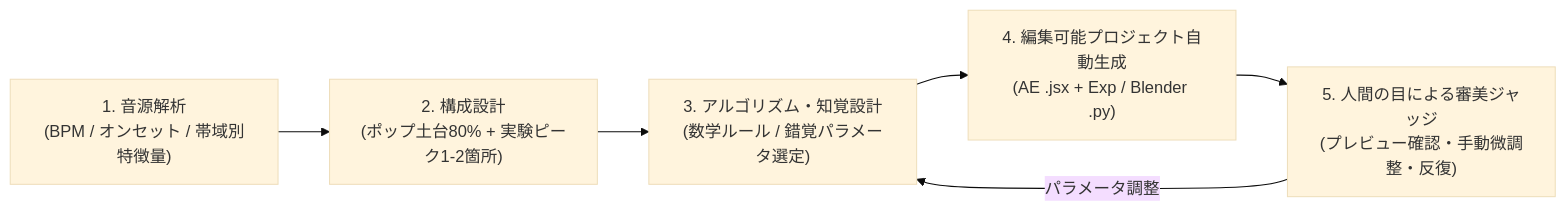
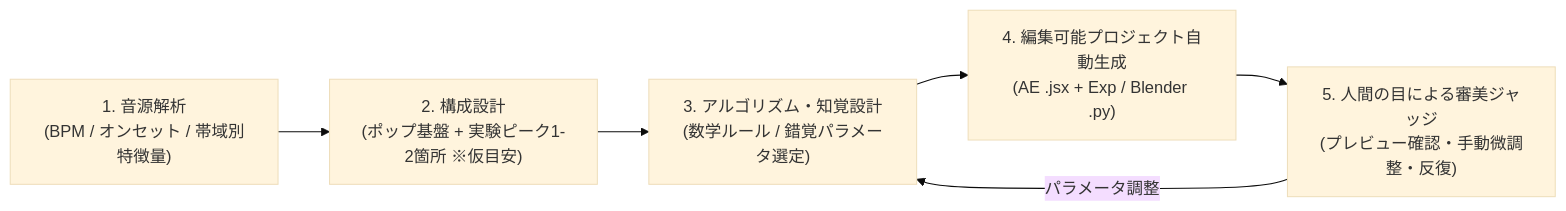
One commit to aseaseproduction-a11y/iketeru-eizou changed the diagram in docs/IMOUTOID_VISUAL_PRINCIPLES.md. Above: the diagram before and after it, drawn with Mermaid (base theme). The commit also changed other lines of this file and 7 other files, not shown here.

````diff
--- a/docs/IMOUTOID_VISUAL_PRINCIPLES.md
+++ b/docs/IMOUTOID_VISUAL_PRINCIPLES.md
@@ -79,8 +103,8 @@
 ```mermaid
 flowchart LR
-  A["1. 音源解析<br/>(BPM / オンセット / 帯域別特徴量)"] --> B["2. 構成設計<br/>(ポップ土台80% + 実験ピーク1-2箇所)"]
+  A["1. 音源解析<br/>(BPM / オンセット / 帯域別特徴量)"] --> B["2. 構成設計<br/>(ポップ基盤 + 実験ピーク1-2箇所 ※仮目安)"]
   B --> C["3. アルゴリズム・知覚設計<br/>(数学ルール / 錯覚パラメータ選定)"]
   C --> D["4. 編集可能プロジェクト自動生成<br/>(AE .jsx + Exp / Blender .py)"]
   D --> E["5. 人間の目による審美ジャッジ<br/>(プレビュー確認・手動微調整・反復)"]
   E -->|パラメータ調整| C
 ```
````
